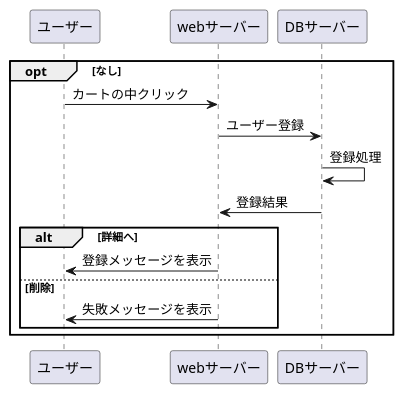
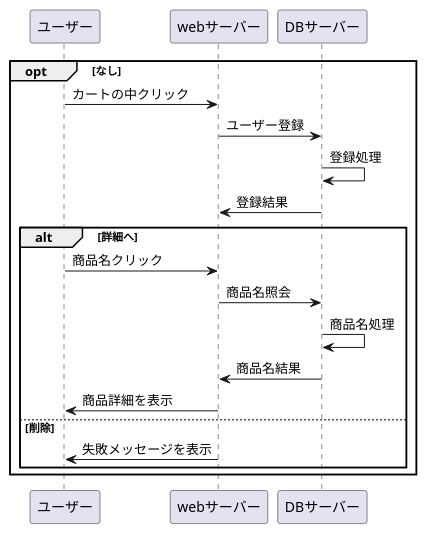
The diagram in ka-toin.md (Aso2001403/2021sys-design), drawn with PlantUML before and after one commit.

````diff
--- a/ka-toin.md
+++ b/ka-toin.md
@@ -1,17 +1,21 @@
 ```uml
 @startuml
 opt なし
  ユーザー -> webサーバー : カートの中クリック
  webサーバー -> DBサーバー : ユーザー登録
  DBサーバー -> DBサーバー : 登録処理
  DBサーバー -> webサーバー : 登録結果
 
  alt 詳細へ
- webサーバー -> ユーザー : 登録メッセージを表示
+ユーザー -> webサーバー : 商品名クリック
+webサーバー -> DBサーバー : 商品名照会
+DBサーバー -> DBサーバー : 商品名処理
+DBサーバー -> webサーバー : 商品名結果
+webサーバー -> ユーザー : 商品詳細を表示
  else 削除
  webサーバー -> ユーザー : 失敗メッセージを表示
  end
 end
 
 @enduml
 ```
````
